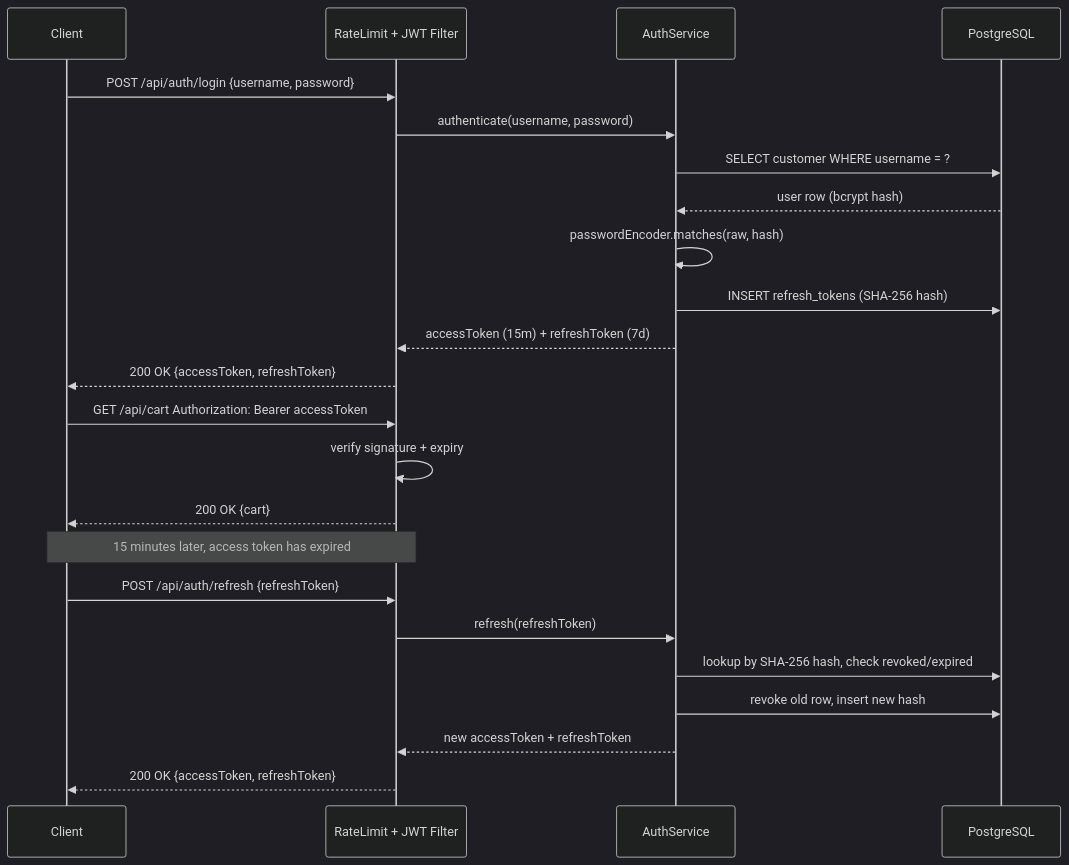
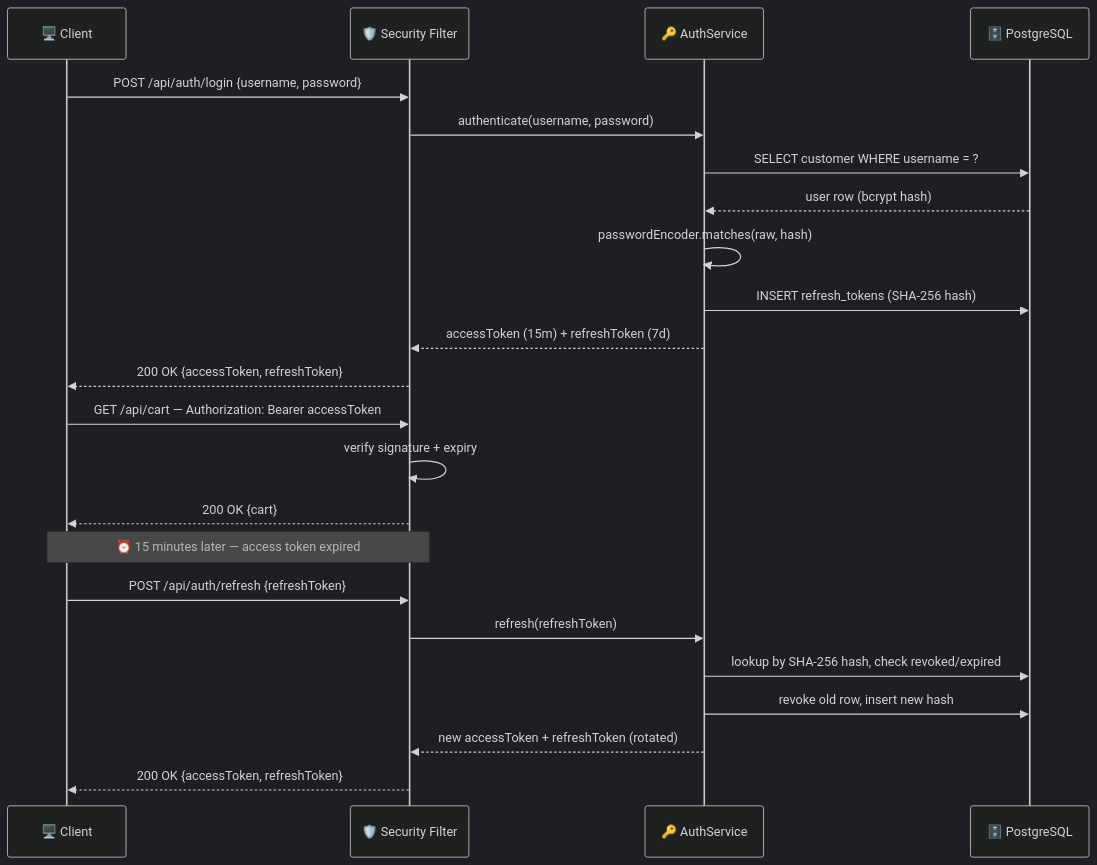
Before and after one commit to pavansaiambala7/ecommerce_project_spring-boot: the third of 5 diagrams in README.md, drawn with Mermaid (dark theme). The commit also changed other lines of this file and 1 other file, not shown here.

Commit message:
docs: redesign README with professional layout and 3D isometric architecture diagram

````diff
--- a/README.md
+++ b/README.md
@@ -154,29 +344,29 @@
 ```mermaid
 sequenceDiagram
-    participant C as Client
-    participant F as RateLimit + JWT Filter
-    participant A as AuthService
-    participant DB as PostgreSQL
+    participant C as 🖥️ Client
+    participant F as 🛡️ Security Filter
+    participant A as 🔑 AuthService
+    participant DB as 🗄️ PostgreSQL
 
     C->>F: POST /api/auth/login {username, password}
     F->>A: authenticate(username, password)
     A->>DB: SELECT customer WHERE username = ?
     DB-->>A: user row (bcrypt hash)
     A->>A: passwordEncoder.matches(raw, hash)
     A->>DB: INSERT refresh_tokens (SHA-256 hash)
     A-->>F: accessToken (15m) + refreshToken (7d)
     F-->>C: 200 OK {accessToken, refreshToken}
 
-    C->>F: GET /api/cart  Authorization: Bearer accessToken
+    C->>F: GET /api/cart — Authorization: Bearer accessToken
     F->>F: verify signature + expiry
     F-->>C: 200 OK {cart}
 
-    Note over C,F: 15 minutes later, access token has expired
+    Note over C,F: ⏰ 15 minutes later — access token expired
 
     C->>F: POST /api/auth/refresh {refreshToken}
     F->>A: refresh(refreshToken)
     A->>DB: lookup by SHA-256 hash, check revoked/expired
     A->>DB: revoke old row, insert new hash
-    A-->>F: new accessToken + refreshToken
+    A-->>F: new accessToken + refreshToken (rotated)
     F-->>C: 200 OK {accessToken, refreshToken}
 ```
````
